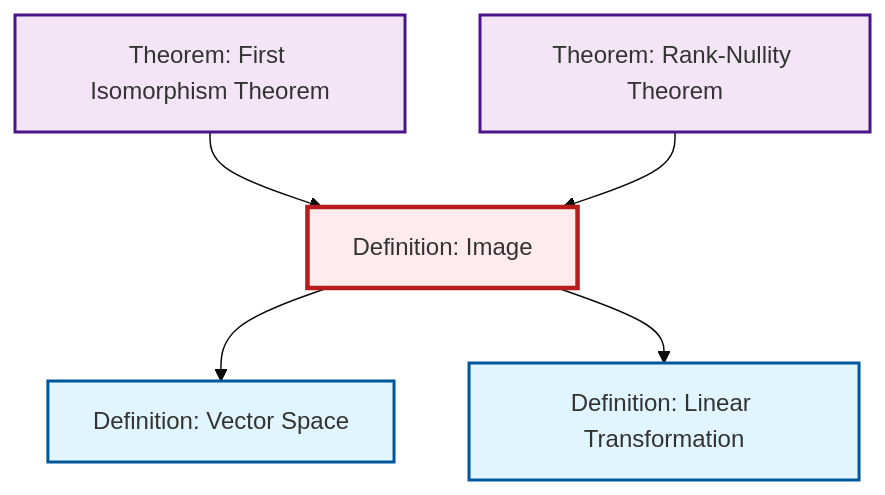
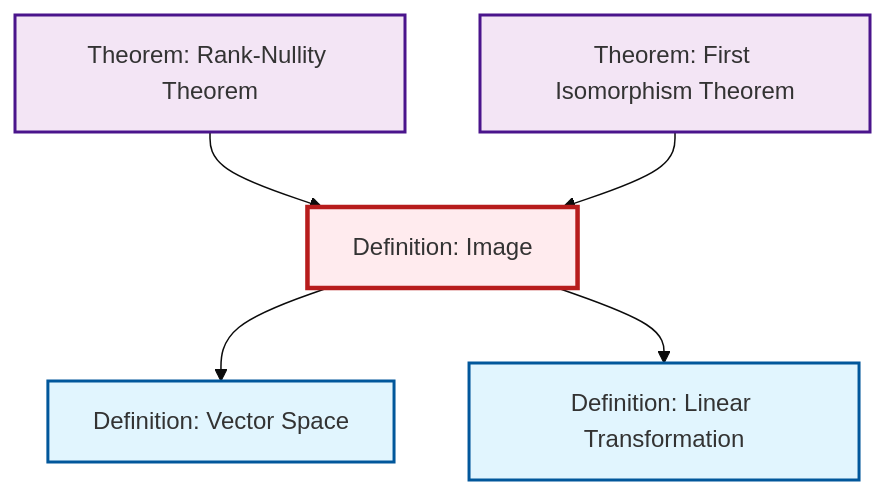
One commit to RK0429/ModernMath changed the diagram in content/en/algebra/def-image.qmd. Above: the diagram before and after it, drawn with Mermaid (base theme). The commit also changed other lines of this file and 634 other files, not shown here.

````diff
--- a/content/en/algebra/def-image.qmd
+++ b/content/en/algebra/def-image.qmd
@@ -51,23 +51,23 @@
 ```{mermaid}
 %%| fig-cap: "Local dependency graph"
 graph TD
     classDef definition fill:#e1f5fe,stroke:#01579b,stroke-width:2px
     classDef theorem fill:#f3e5f5,stroke:#4a148c,stroke-width:2px
     classDef axiom fill:#fff3e0,stroke:#e65100,stroke-width:2px
     classDef example fill:#e8f5e9,stroke:#1b5e20,stroke-width:2px
     classDef current fill:#ffebee,stroke:#b71c1c,stroke-width:3px
+    thm-rank-nullity["Theorem: Rank-Nullity Theorem"]:::theorem
+    def-image["Definition: Image"]:::definition
     def-linear-transformation["Definition: Linear Transformation"]:::definition
-    thm-rank-nullity["Theorem: Rank-Nullity Theorem"]:::theorem
+    def-vector-space["Definition: Vector Space"]:::definition
     thm-first-isomorphism["Theorem: First Isomorphism Theorem"]:::theorem
-    def-image["Definition: Image"]:::definition
-    def-vector-space["Definition: Vector Space"]:::definition
+    def-image --> def-vector-space
+    thm-rank-nullity --> def-image
+    def-image --> def-linear-transformation
     thm-first-isomorphism --> def-image
-    def-image --> def-vector-space
-    def-image --> def-linear-transformation
-    thm-rank-nullity --> def-image
     class def-image current
+    click thm-rank-nullity "thm-rank-nullity.html" "Go to Rank-Nullity Theorem theorem"
     click def-linear-transformation "def-linear-transformation.html" "Go to Linear Transformation definition"
-    click thm-rank-nullity "thm-rank-nullity.html" "Go to Rank-Nullity Theorem theorem"
+    click def-vector-space "def-vector-space.html" "Go to Vector Space definition"
     click thm-first-isomorphism "thm-first-isomorphism.html" "Go to First Isomorphism Theorem theorem"
-    click def-vector-space "def-vector-space.html" "Go to Vector Space definition"
 ```
````
